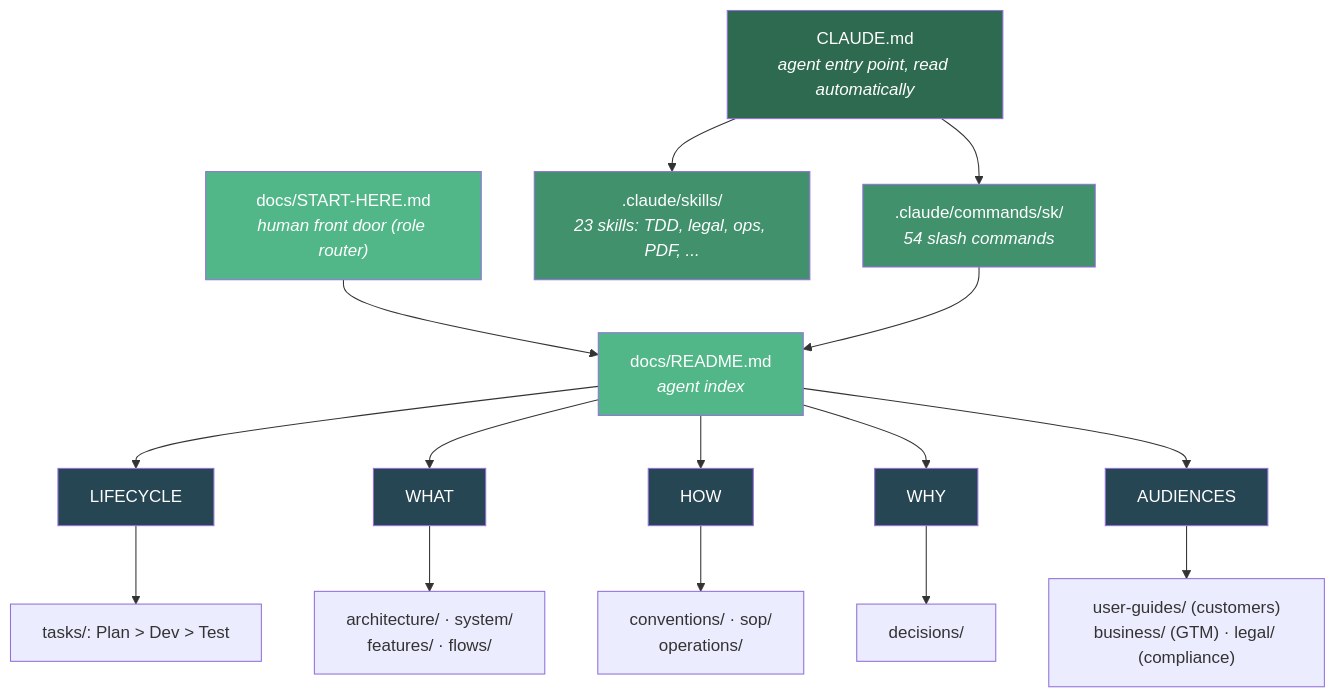
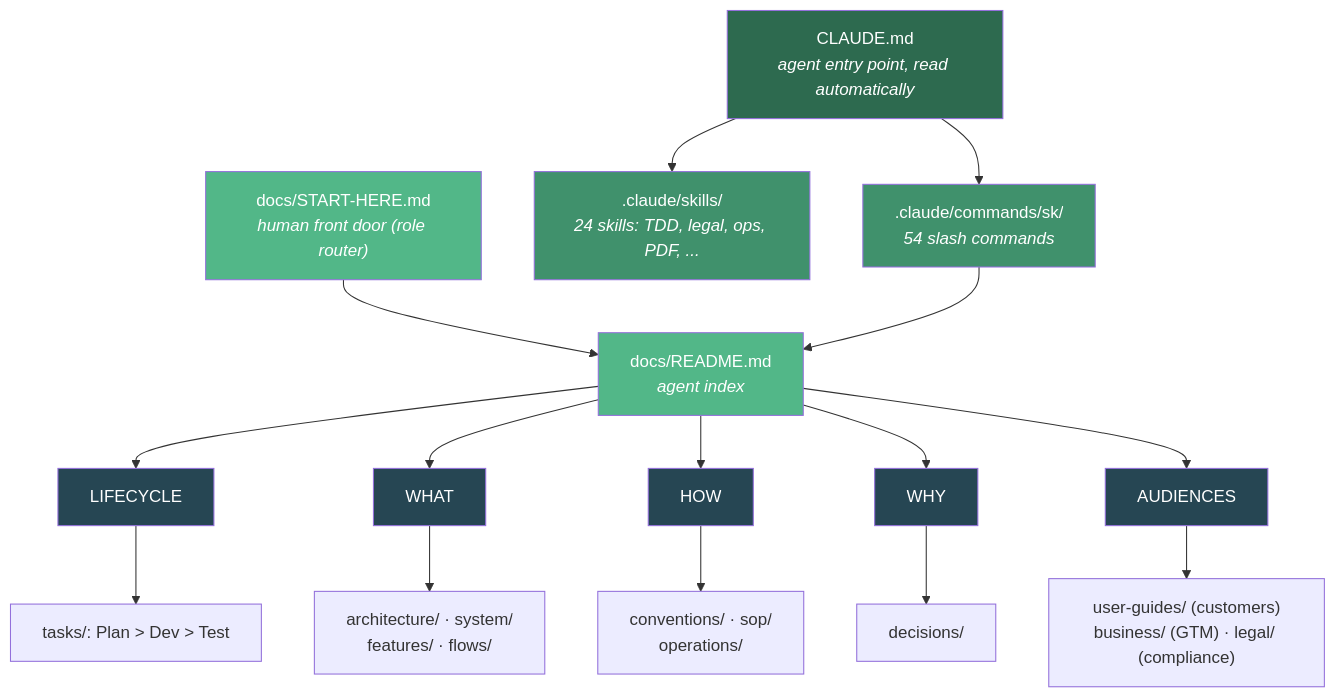
The diagram in assets/src/how-it-works.mmd (moniav/sk), drawn with Mermaid before and after one commit. The commit also changed 18 other files, not shown here.

```diff
--- a/assets/src/how-it-works.mmd
+++ b/assets/src/how-it-works.mmd
@@ -1,28 +1,28 @@
 graph TD
     A["CLAUDE.md<br/><i>agent entry point, read automatically</i>"] --> B[".claude/commands/sk/<br/><i>54 slash commands</i>"]
-    A --> B2[".claude/skills/<br/><i>23 skills: TDD, legal, ops, PDF, ...</i>"]
+    A --> B2[".claude/skills/<br/><i>24 skills: TDD, legal, ops, PDF, ...</i>"]
     SH["docs/START-HERE.md<br/><i>human front door (role router)</i>"] --> C
     B --> C["docs/README.md<br/><i>agent index</i>"]
 
     C --> D["LIFECYCLE"]
     C --> E["WHAT"]
     C --> G["HOW"]
     C --> F["WHY"]
     C --> H["AUDIENCES"]
 
     D --> D1["tasks/: Plan > Dev > Test"]
     E --> E1["architecture/ · system/<br/>features/ · flows/"]
     G --> G1["conventions/ · sop/<br/>operations/"]
     F --> F1["decisions/"]
     H --> H1["user-guides/ (customers)<br/>business/ (GTM) · legal/ (compliance)"]
 
     style A fill:#2d6a4f,color:#fff
     style B fill:#40916c,color:#fff
     style B2 fill:#40916c,color:#fff
     style SH fill:#52b788,color:#fff
     style C fill:#52b788,color:#fff
     style D fill:#264653,color:#fff
     style E fill:#264653,color:#fff
     style F fill:#264653,color:#fff
     style G fill:#264653,color:#fff
     style H fill:#264653,color:#fff
```
